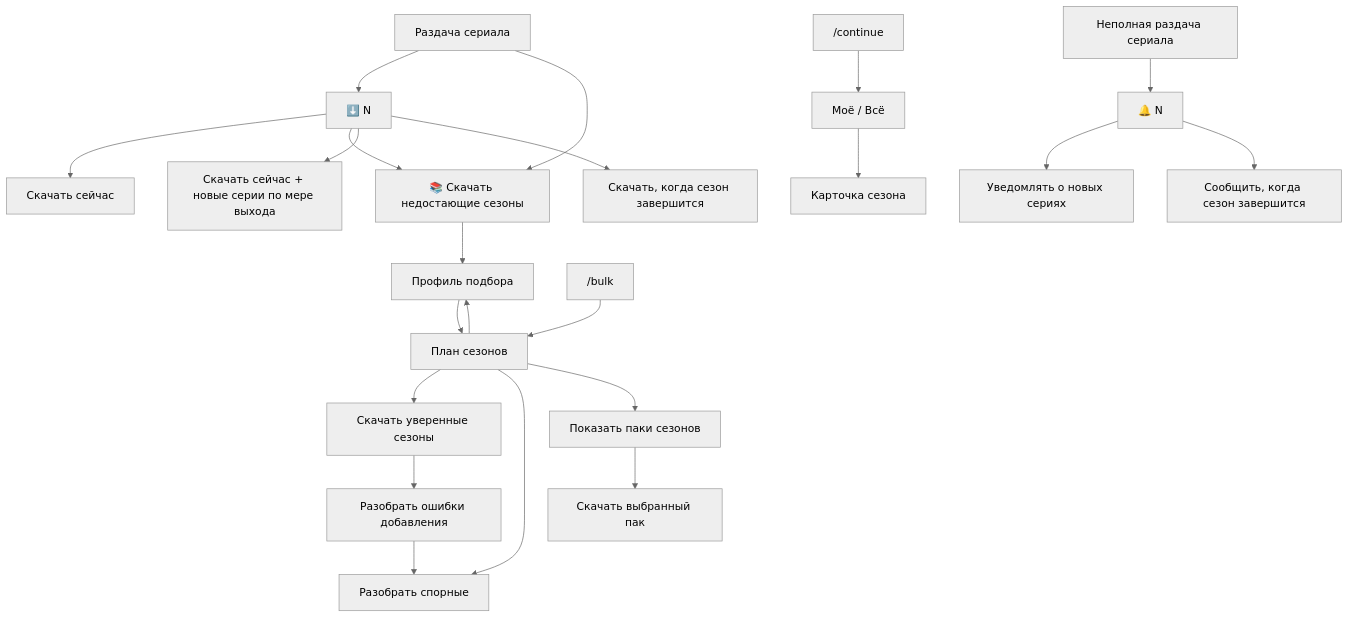
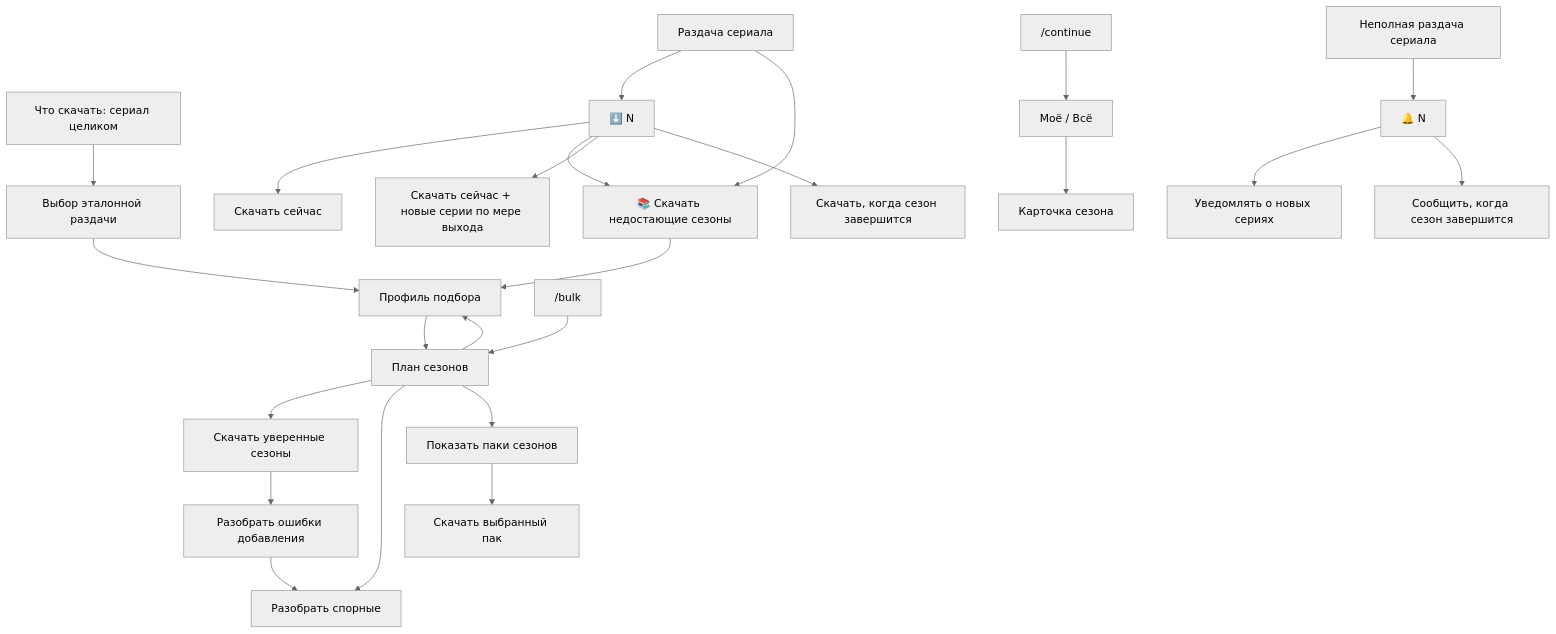
Before and after one commit to KiMorev/tg-torrent-bot: the second of 3 diagrams in README.md, drawn with Mermaid (neutral theme). The commit also changed other lines of this file and 7 other files, not shown here.

````diff
--- a/README.md
+++ b/README.md
@@ -98,24 +101,26 @@
 ```mermaid
 flowchart TD
+    search_settings["Что скачать: сериал целиком"] --> reference["Выбор эталонной раздачи"]
+    reference --> profile
     result["Раздача сериала"] --> download["⬇️ N"]
     result --> bulk["📚 Скачать недостающие сезоны"]
     partial["Неполная раздача сериала"] --> notify["🔔 N"]
     download --> now["Скачать сейчас"]
     download --> bulk
     continue["/continue"] --> continue_list["Моё / Всё"]
     continue_list --> continue_detail["Карточка сезона"]
     bulk --> profile["Профиль подбора"]
     profile --> plan["План сезонов"]
     saved["/bulk"] --> plan
     plan --> profile
     plan --> confident["Скачать уверенные сезоны"]
     plan --> review["Разобрать спорные"]
     plan --> packs["Показать паки сезонов"]
     packs --> pack_download["Скачать выбранный пак"]
     confident --> retry["Разобрать ошибки добавления"]
     retry --> review
     download --> now_updates["Скачать сейчас + новые серии по мере выхода"]
     download --> wait_full["Скачать, когда сезон завершится"]
     notify --> each["Уведомлять о новых сериях"]
     notify --> final["Сообщить, когда сезон завершится"]
 ```
````
